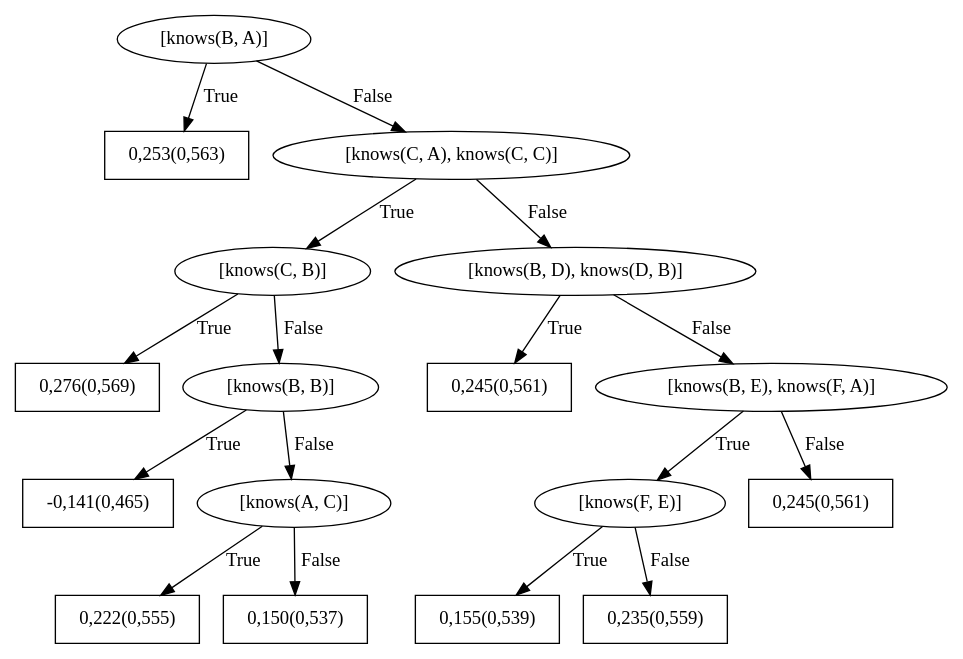
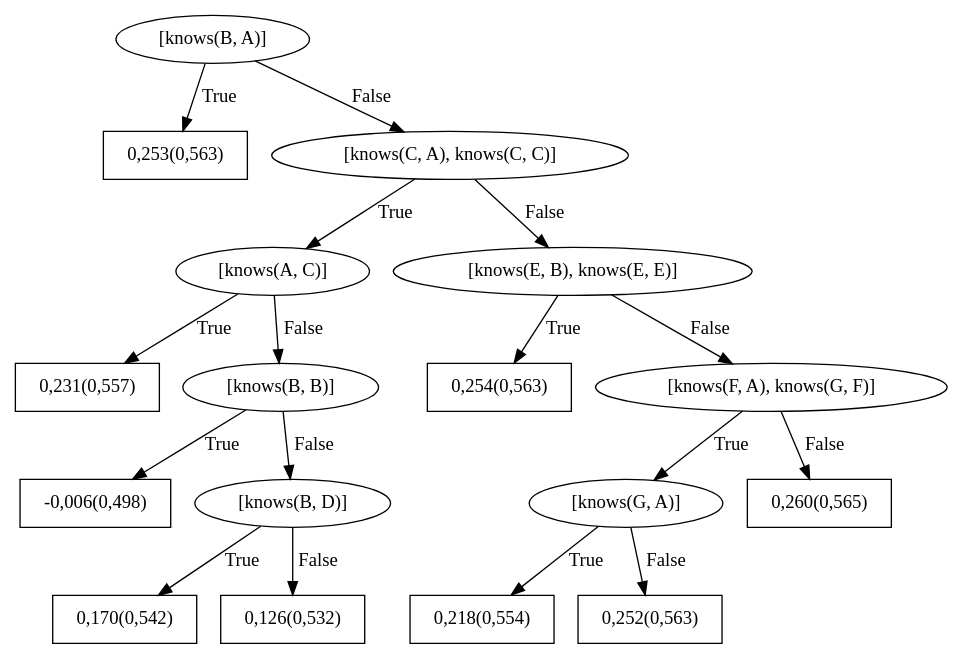
The diagram in SRLBoost/data/trust/train/models/bRDNs/dotFiles/WILLTreeFor_trusts5.dot (GabrielaPC/Trabalho-SRL), drawn with Graphviz before and after one commit. The commit also changed 67 other files, not shown here.

```diff
--- a/SRLBoost/data/trust/train/models/bRDNs/dotFiles/WILLTreeFor_trusts5.dot
+++ b/SRLBoost/data/trust/train/models/bRDNs/dotFiles/WILLTreeFor_trusts5.dot
@@ -1,35 +1,35 @@
 digraph G{ 
 1[label = "[knows(B, A)]"];
 1 -> 2[label="True"];
 1 -> 3[label="False"];
 2[shape = box,label = "0,253(0,563)"];
 3[label = "[knows(C, A), knows(C, C)]"];
 3 -> 4[label="True"];
 3 -> 5[label="False"];
-4[label = "[knows(C, B)]"];
+4[label = "[knows(A, C)]"];
 4 -> 6[label="True"];
 4 -> 7[label="False"];
-6[shape = box,label = "0,276(0,569)"];
+6[shape = box,label = "0,231(0,557)"];
 7[label = "[knows(B, B)]"];
 7 -> 8[label="True"];
 7 -> 9[label="False"];
-8[shape = box,label = "-0,141(0,465)"];
-9[label = "[knows(A, C)]"];
+8[shape = box,label = "-0,006(0,498)"];
+9[label = "[knows(B, D)]"];
 9 -> 10[label="True"];
 9 -> 11[label="False"];
-10[shape = box,label = "0,222(0,555)"];
-11[shape = box,label = "0,150(0,537)"];
-5[label = "[knows(B, D), knows(D, B)]"];
+10[shape = box,label = "0,170(0,542)"];
+11[shape = box,label = "0,126(0,532)"];
+5[label = "[knows(E, B), knows(E, E)]"];
 5 -> 12[label="True"];
 5 -> 13[label="False"];
-12[shape = box,label = "0,245(0,561)"];
-13[label = "[knows(B, E), knows(F, A)]"];
+12[shape = box,label = "0,254(0,563)"];
+13[label = "[knows(F, A), knows(G, F)]"];
 13 -> 14[label="True"];
 13 -> 15[label="False"];
-14[label = "[knows(F, E)]"];
+14[label = "[knows(G, A)]"];
 14 -> 16[label="True"];
 14 -> 17[label="False"];
-16[shape = box,label = "0,155(0,539)"];
-17[shape = box,label = "0,235(0,559)"];
-15[shape = box,label = "0,245(0,561)"];
+16[shape = box,label = "0,218(0,554)"];
+17[shape = box,label = "0,252(0,563)"];
+15[shape = box,label = "0,260(0,565)"];
 }
```
